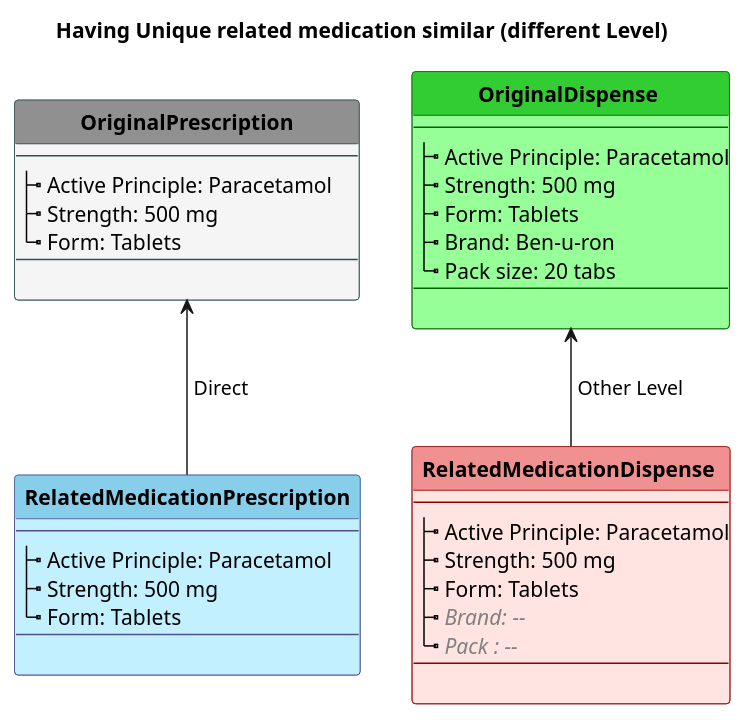
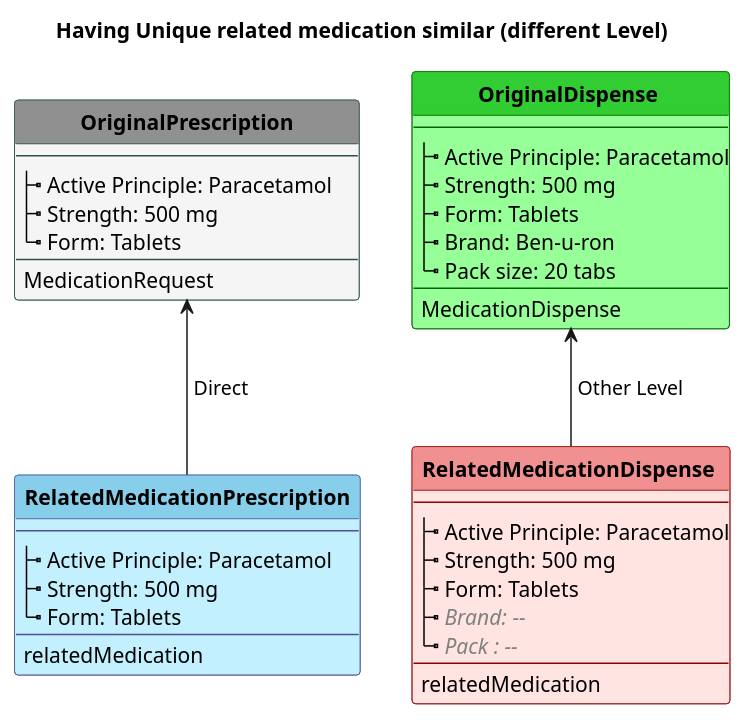
The diagram in input/images-source/usecase1-alternative1.plantuml (joofio/idmed), drawn with PlantUML before and after one commit. The commit also changed 16 other files, not shown here.

```diff
--- a/input/images-source/usecase1-alternative1.plantuml
+++ b/input/images-source/usecase1-alternative1.plantuml
@@ -1,91 +1,91 @@
 @startuml
 title Having Unique related medication similar (different Level)
 hide stereotype
 hide circle
 skinparam linetype polyline
 skinparam shadowing false
 
 
 '!pragma graphviz_dot smetana
 
 skinparam class<<S>> {
  BorderColor DarkSlateGray
  BackgroundColor WhiteSmoke
  HeaderBackgroundColor #909090
 }
 
 skinparam class<<PhP>> {
  BorderColor #505090
  BackgroundColor APPLICATION
  HeaderBackgroundColor SkyBlue
 }
 
 
 
 skinparam class<<MP>> {
  BorderColor DarkGreen
  BackgroundColor PHYSICAL
  HeaderBackgroundColor LimeGreen
 }
 
 
 skinparam class<<PMP>> {
  BorderColor DarkRed
  BackgroundColor MistyRose
  HeaderBackgroundColor #f09090
 }
 
 
 
 
 
     class "**OriginalPrescription**" as S<<S>> {
       --
       |_ Active Principle: Paracetamol     
       |_ Strength: 500 mg    
       |_ Form: Tablets
       --
-        
+      MedicationRequest
     }
 
     class " **RelatedMedicationPrescription** " as PhP<<PhP>> {
       --
       |_ Active Principle: Paracetamol
       |_ Strength: 500 mg    
       |_ Form: Tablets
       --
-      
+      relatedMedication
     }
 
     class " **OriginalDispense ** " as MP<<MP>>{
       --
       |_ Active Principle: Paracetamol
       |_ Strength: 500 mg    
       |_ Form: Tablets
       |_ Brand: Ben-u-ron
       |_ Pack size: 20 tabs
       --
-      
+      MedicationDispense
     }
 
     class " **RelatedMedicationDispense**  " as PMP<<PMP>>{
       --
       |_ Active Principle: Paracetamol
       |_ Strength: 500 mg    
       |_ Form: Tablets
       |_ <color:gray>//Brand: --//
       |_ <color:gray>//Pack : -- //
       --
-     
+     relatedMedication
     }
 
 
 
 
   S <-d- PhP: " Direct"
   
   MP <-d- PMP: " Other Level"
 
 
 
 @enduml
```
